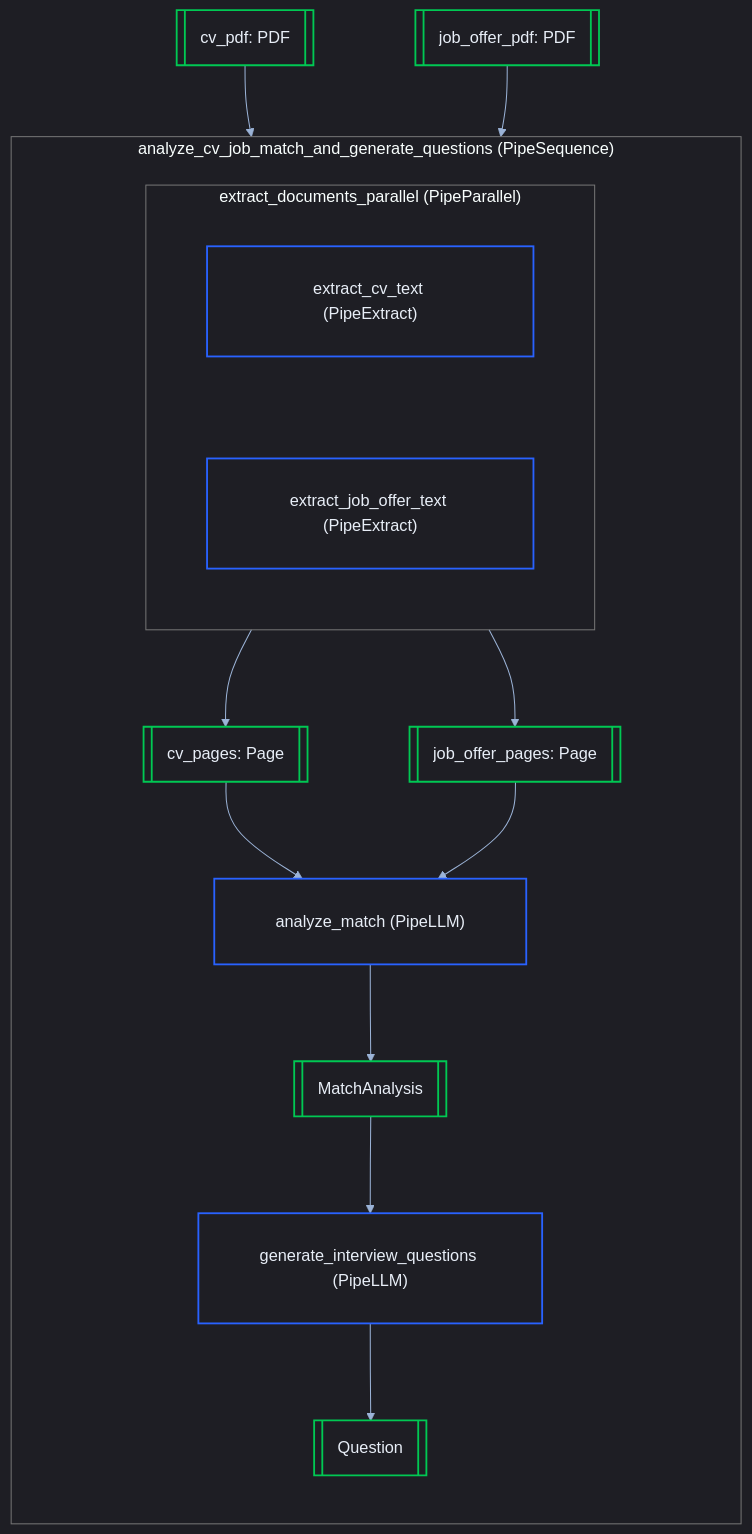
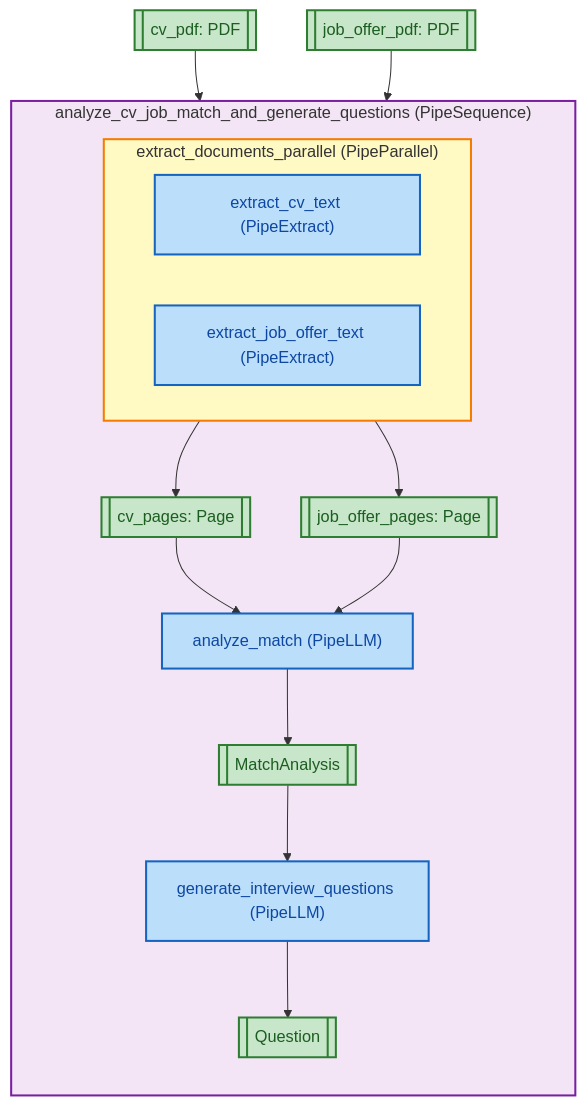
One commit to Pipelex/pipelex changed the diagram in README.md. Above: the diagram before and after it, drawn with Mermaid.

Commit message:
Mermaid colors

````diff
--- a/README.md
+++ b/README.md
@@ -224,53 +224,40 @@
 ```mermaid
----
-config:
-  theme: dark
-  themeVariables:
-    background: transparent
-    primaryTextColor: '#E8EEF7'
-    lineColor: '#9BB3D7'
-    fontFamily: ''
-  flowchart:
-    nodeSpacing: 100     # horizontal spacing between nodes
-    rankSpacing: 70     # vertical spacing between ranks
-    padding: 30   
----
 flowchart TD
  subgraph PAR["extract_documents_parallel (PipeParallel)"]
     direction LR
         EXTRACT_CV["extract_cv_text (PipeExtract)"]
         EXTRACT_JOB["extract_job_offer_text (PipeExtract)"]
   end
  subgraph MAIN["analyze_cv_job_match_and_generate_questions (PipeSequence)"]
     direction TB
         PAR
         CV_PAGES[["cv_pages: Page"]]
         JOB_PAGES[["job_offer_pages: Page"]]
         ANALYZE["analyze_match (PipeLLM)"]
         MATCH[["MatchAnalysis"]]
         GENERATE["generate_interview_questions (PipeLLM)"]
         OUT[["Question"]]
   end
     CV_IN[["cv_pdf: PDF"]] --> EXTRACT_CV
     JOB_IN[["job_offer_pdf: PDF"]] --> EXTRACT_JOB
     EXTRACT_CV --> CV_PAGES
     EXTRACT_JOB --> JOB_PAGES
     CV_PAGES --> ANALYZE
     JOB_PAGES --> ANALYZE
     ANALYZE --> MATCH
     MATCH --> GENERATE
     GENERATE --> OUT
-    classDef default stroke:#8AB4F8,stroke-width:1.8px,fill-opacity:0,color:#E8EEF7
-    style EXTRACT_CV stroke:#2962FF
-    style EXTRACT_JOB stroke:#2962FF
-    style PAR fill:transparent,stroke:#757575
-    style CV_PAGES stroke:#00C853
-    style JOB_PAGES stroke:#00C853
-    style ANALYZE stroke:#2962FF
-    style MATCH stroke:#00C853
-    style GENERATE stroke:#2962FF
-    style OUT stroke:#00C853
-    style CV_IN stroke:#00C853
-    style JOB_IN stroke:#00C853
-    style MAIN fill:transparent,stroke:#757575
+    classDef default stroke:#1976D2,stroke-width:2px,fill:#E3F2FD,color:#0D47A1
+    style EXTRACT_CV stroke:#1565C0,fill:#BBDEFB,color:#0D47A1
+    style EXTRACT_JOB stroke:#1565C0,fill:#BBDEFB,color:#0D47A1
+    style PAR fill:#FFF9C4,stroke:#F57C00,stroke-width:2px
+    style CV_PAGES stroke:#2E7D32,fill:#C8E6C9,color:#1B5E20
+    style JOB_PAGES stroke:#2E7D32,fill:#C8E6C9,color:#1B5E20
+    style ANALYZE stroke:#1565C0,fill:#BBDEFB,color:#0D47A1
+    style MATCH stroke:#2E7D32,fill:#C8E6C9,color:#1B5E20
+    style GENERATE stroke:#1565C0,fill:#BBDEFB,color:#0D47A1
+    style OUT stroke:#2E7D32,fill:#C8E6C9,color:#1B5E20
+    style CV_IN stroke:#2E7D32,fill:#C8E6C9,color:#1B5E20
+    style JOB_IN stroke:#2E7D32,fill:#C8E6C9,color:#1B5E20
+    style MAIN fill:#F3E5F5,stroke:#7B1FA2,stroke-width:2px
 ```
````
